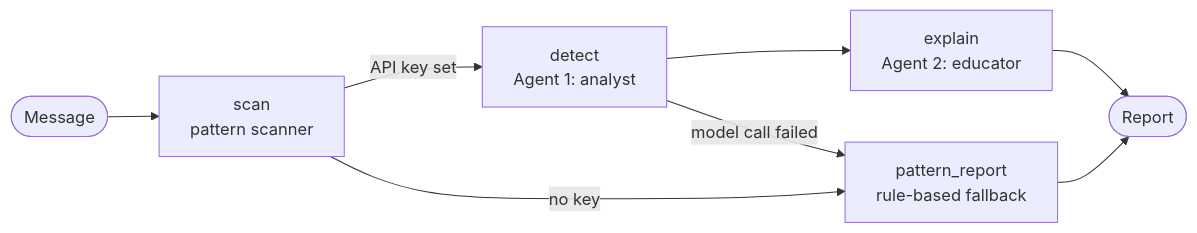
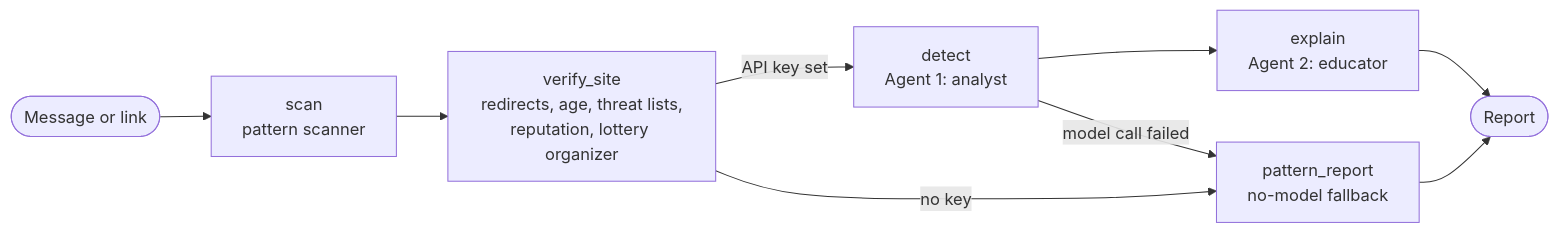
Before and after one commit to notysozu/PhishGuard: the diagram in README.md, drawn with Mermaid. The commit also changed other lines of this file and 60 other files, not shown here.

Commit message:
Add website verification: trust score, domain age, threat lists, Trustpilot, lottery organizers

````diff
--- a/README.md
+++ b/README.md
@@ -57,10 +102,11 @@
 ```mermaid
 flowchart LR
-    A([Message]) --> S[scan<br/>pattern scanner]
-    S -->|API key set| D[detect<br/>Agent 1: analyst]
+    A([Message or link]) --> S[scan<br/>pattern scanner]
+    S --> V[verify_site<br/>redirects, age, threat lists,<br/>reputation, lottery organizer]
+    V -->|API key set| D[detect<br/>Agent 1: analyst]
     D --> E[explain<br/>Agent 2: educator]
     E --> R([Report])
-    S -->|no key| P[pattern_report<br/>rule-based fallback]
+    V -->|no key| P[pattern_report<br/>no-model fallback]
     D -->|model call failed| P
     P --> R
 ```
````
